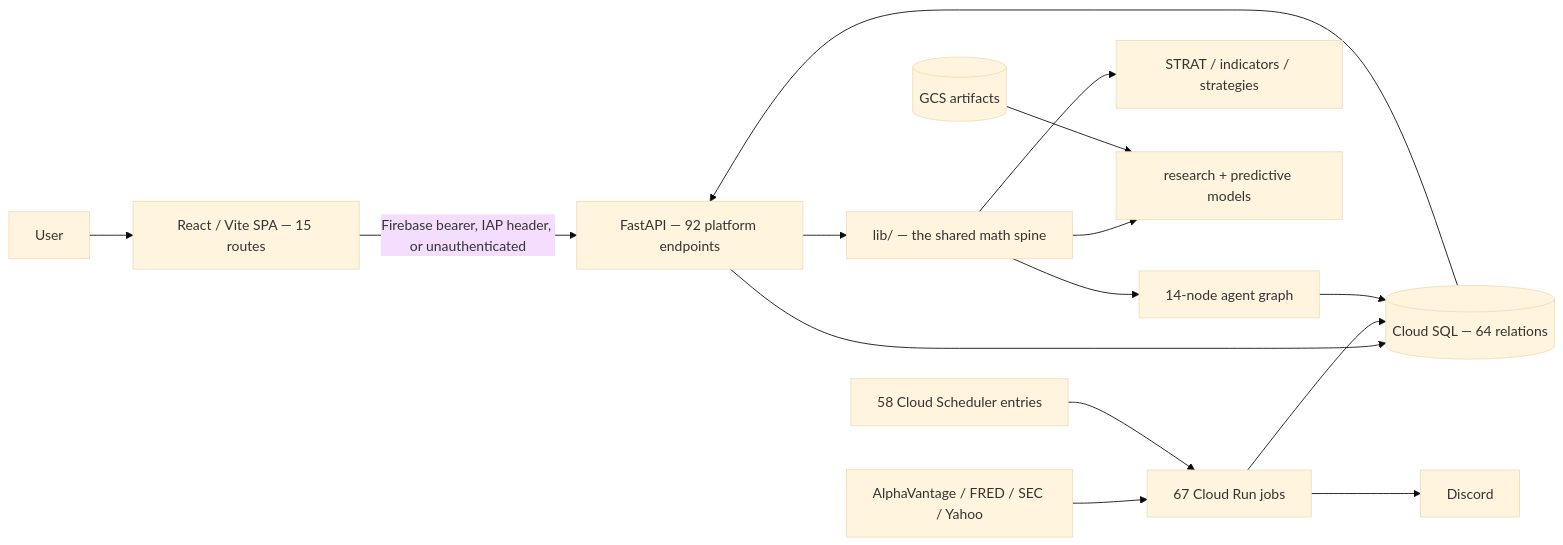
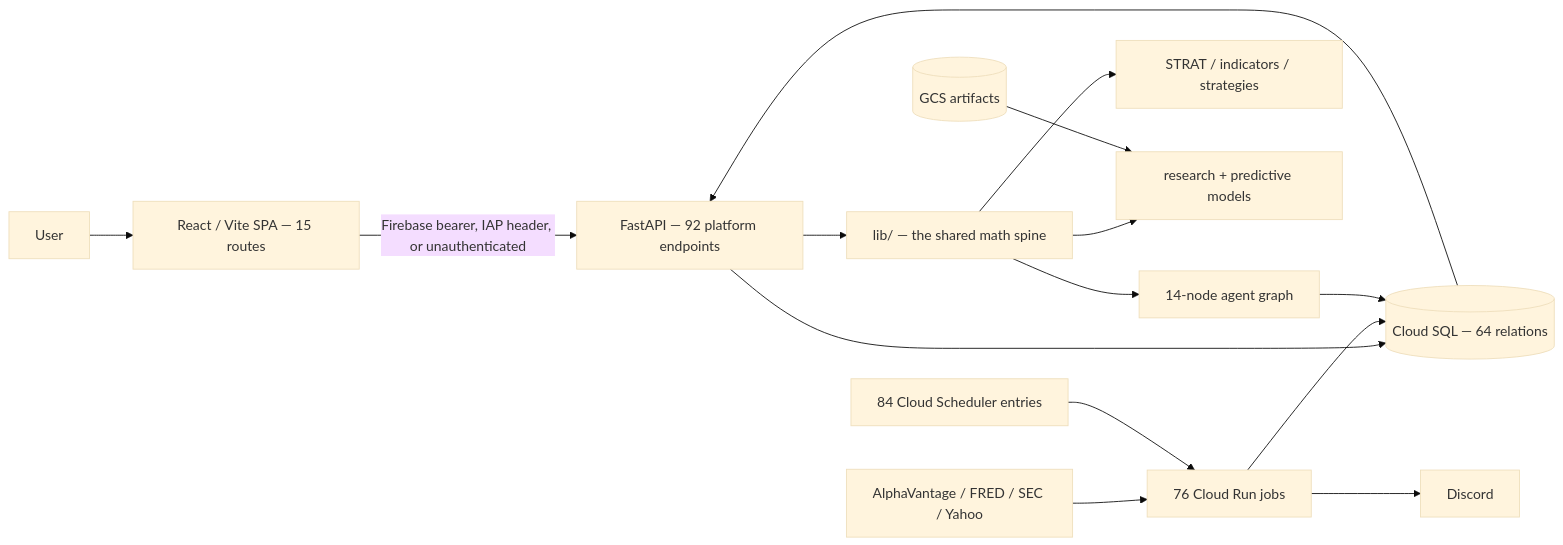
Before and after one commit to TeneikaAskew/stocks: the first of 2 diagrams in docs/product/00-PRODUCT-OVERVIEW.md, drawn with Mermaid (base theme). The commit also changed 16 other files, not shown here.

````diff
--- a/docs/product/00-PRODUCT-OVERVIEW.md
+++ b/docs/product/00-PRODUCT-OVERVIEW.md
@@ -39,17 +39,17 @@
 ```mermaid
 flowchart LR
  U[User] --> WEB[React / Vite SPA — 15 routes]
  WEB -->|Firebase bearer, IAP header, or unauthenticated| API[FastAPI — 92 platform endpoints]
  API --> LIB[lib/ — the shared math spine]
  API --> DB[(Cloud SQL — 64 relations)]
- SRC[AlphaVantage / FRED / SEC / Yahoo] --> JOBS[67 Cloud Run jobs]
- SCH[58 Cloud Scheduler entries] --> JOBS
+ SRC[AlphaVantage / FRED / SEC / Yahoo] --> JOBS[76 Cloud Run jobs]
+ SCH[84 Cloud Scheduler entries] --> JOBS
  JOBS --> DB
  LIB --> RULES[STRAT / indicators / strategies]
  LIB --> ML[research + predictive models]
  LIB --> LLM[14-node agent graph]
  LLM --> DB
  JOBS --> DISCORD[Discord]
  DB --> API
  GCS[(GCS artifacts)] --> ML
 ```
````
